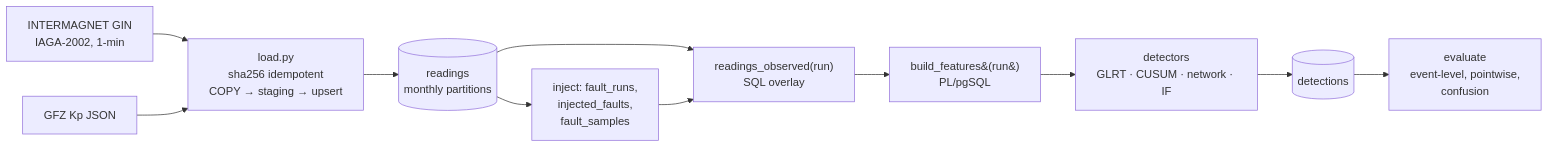
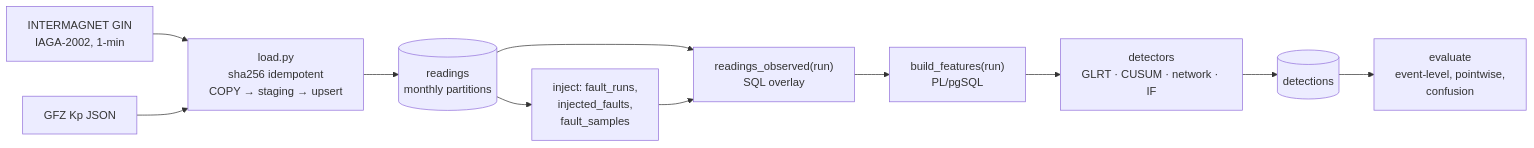
One commit to Homeew/magfault changed the diagram in README.md. Above: the diagram before and after it, drawn with Mermaid.

````diff
--- a/README.md
+++ b/README.md
@@ -90,13 +90,13 @@
 ```mermaid
 flowchart LR
     A[INTERMAGNET GIN<br/>IAGA-2002, 1-min] --> L[load.py<br/>sha256 idempotent<br/>COPY → staging → upsert]
     K[GFZ Kp JSON] --> L
     L --> R[(readings<br/>monthly partitions)]
     R --> I[inject: fault_runs,<br/>injected_faults,<br/>fault_samples]
       R --> O["readings_observed(run)<br/>SQL overlay"]
     I --> O
-    O --> F[build_features&#40;run&#41;<br/>PL/pgSQL]
+    O --> F["build_features(run)<br/>PL/pgSQL"]
     F --> D[detectors<br/>GLRT · CUSUM · network · IF]
     D --> T[(detections)]
     T --> E[evaluate<br/>event-level, pointwise,<br/>confusion]
 ```
````
